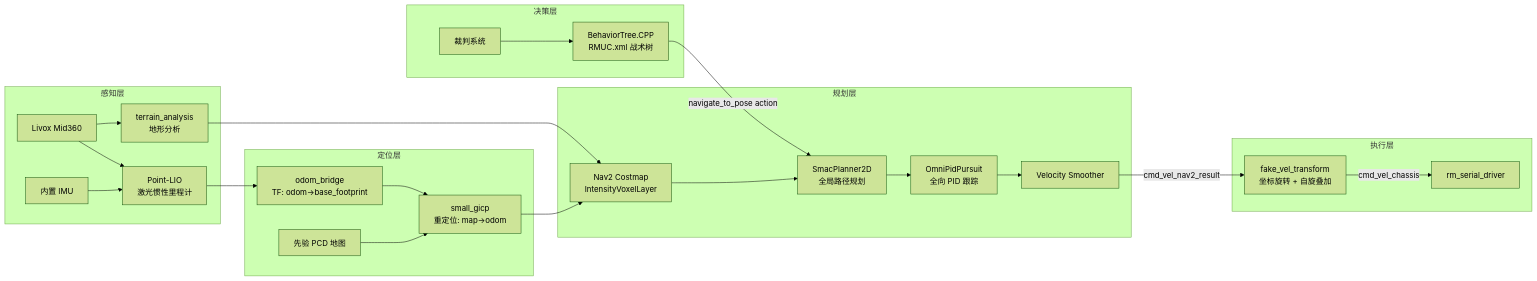
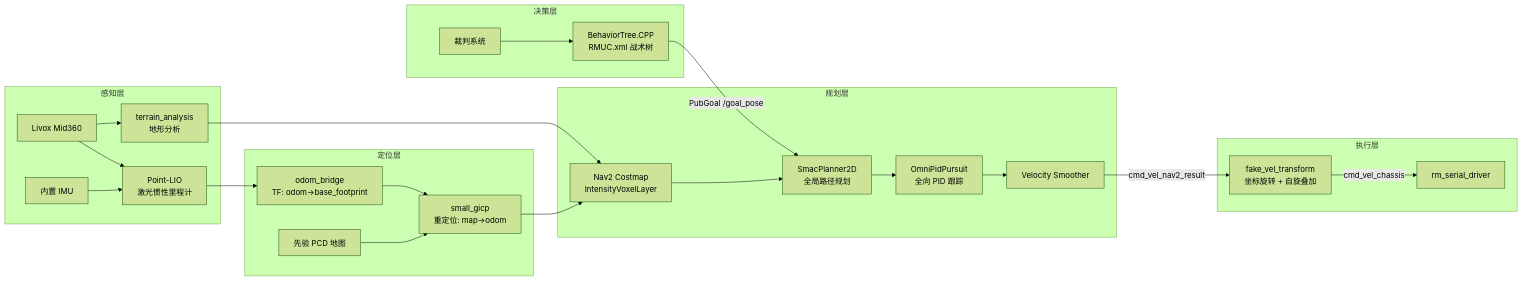
The diagram in README.md (Boombroke/omni_navigation), drawn with Mermaid (forest theme) before and after one commit. The commit also changed other lines of this file, not shown here.

````diff
--- a/README.md
+++ b/README.md
@@ -15,32 +15,32 @@
 ```mermaid
 graph LR
     subgraph 感知层
         LiDAR[Livox Mid360] --> PL[Point-LIO<br/>激光惯性里程计]
         IMU[内置 IMU] --> PL
         LiDAR --> TA[terrain_analysis<br/>地形分析]
     end
 
     subgraph 定位层
         PL --> OB[odom_bridge<br/>TF: odom→base_footprint]
         PCD[先验 PCD 地图] --> GICP[small_gicp<br/>重定位: map→odom]
         OB --> GICP
     end
 
     subgraph 规划层
         GICP --> CM[Nav2 Costmap<br/>IntensityVoxelLayer]
         TA --> CM
         CM --> GP[SmacPlanner2D<br/>全局路径规划]
         GP --> LP[OmniPidPursuit<br/>全向 PID 跟踪]
         LP --> VS[Velocity Smoother]
     end
 
     subgraph 决策层
         REF[裁判系统] --> BT[BehaviorTree.CPP<br/>RMUC.xml 战术树]
-        BT -->|navigate_to_pose action| GP
+        BT -->|PubGoal /goal_pose| GP
     end
 
     subgraph 执行层
         VS -->|cmd_vel_nav2_result| FVT[fake_vel_transform<br/>坐标旋转 + 自旋叠加]
         FVT -->|cmd_vel_chassis| SER[rm_serial_driver]
     end
 ```
````
